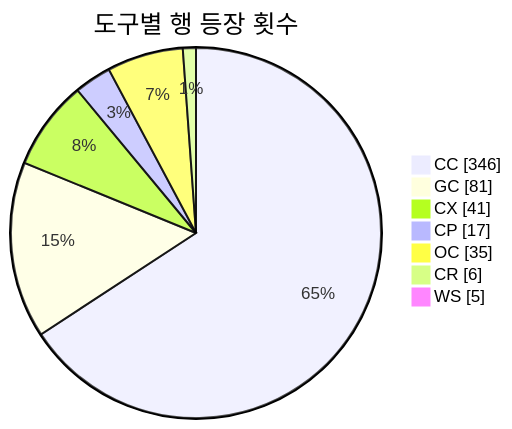
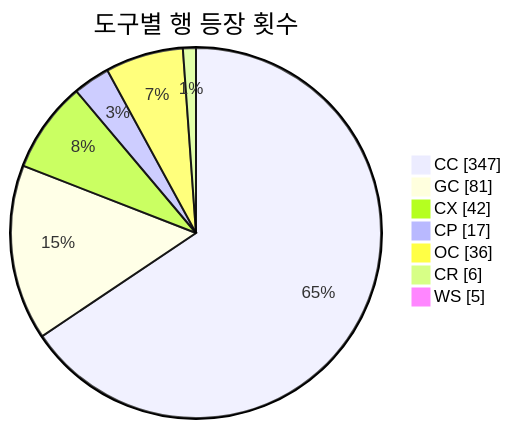
One commit to J-nowcow/awesome-korean-agent-skills changed the second of 3 diagrams in README.md. Above: the diagram before and after it, drawn with Mermaid. The commit also changed other lines of this file and 3 other files, not shown here.

````diff
--- a/README.md
+++ b/README.md
@@ -193,11 +193,11 @@
 ```mermaid
 pie showData
     title 도구별 행 등장 횟수
-    "CC" : 346
+    "CC" : 347
     "GC" : 81
-    "CX" : 41
+    "CX" : 42
     "CP" : 17
-    "OC" : 35
+    "OC" : 36
     "CR" : 6
     "WS" : 5
 ```
````
